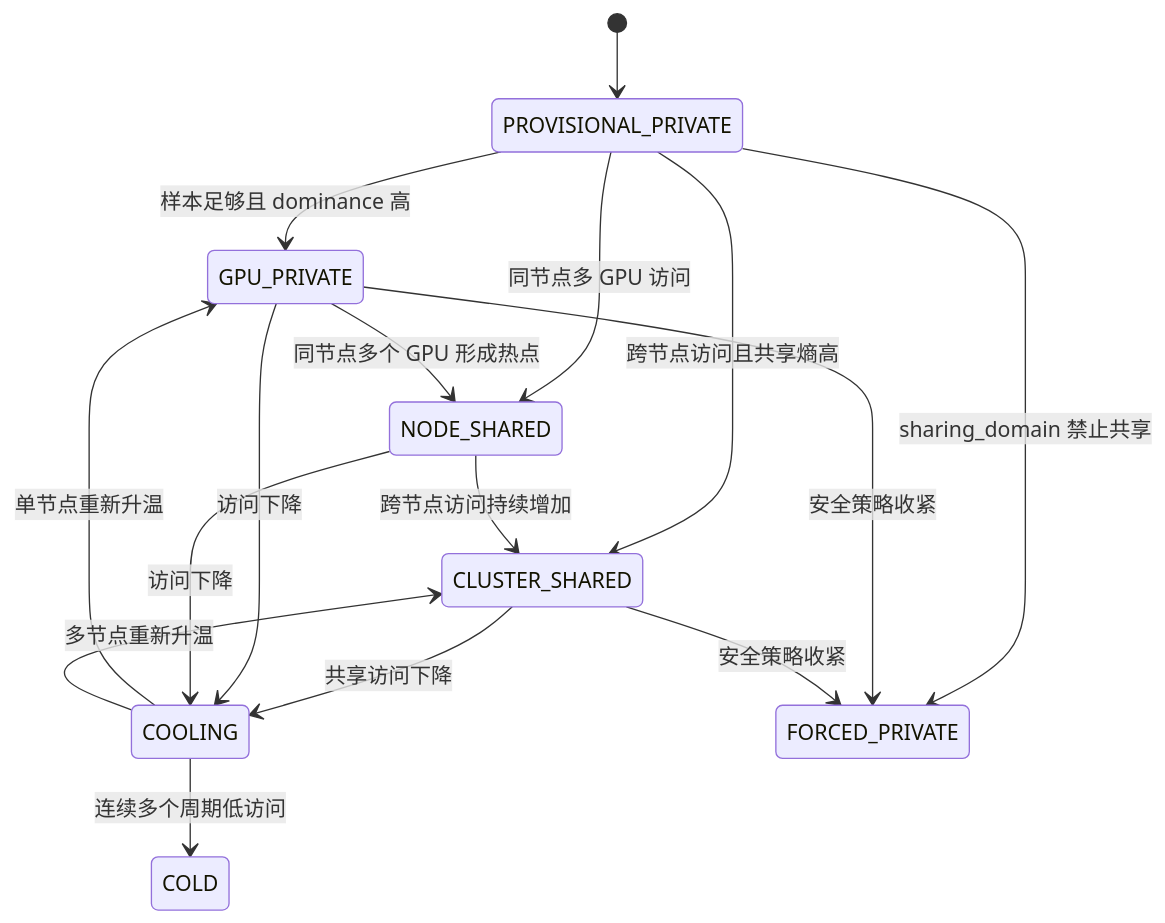
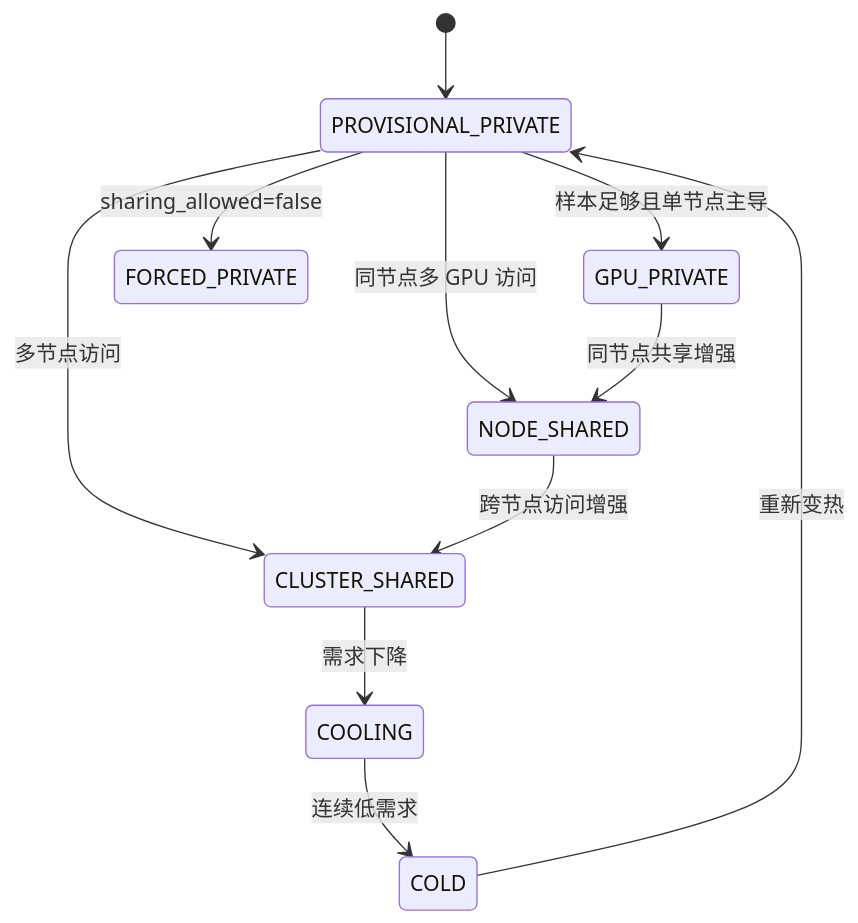
The second of 3 diagrams in docs/innovation2_sharing_replication.md (yxtmfz/tokenfs), drawn with Mermaid before and after one commit. The commit also changed other lines of this file and 29 other files, not shown here.

````diff
--- a/docs/innovation2_sharing_replication.md
+++ b/docs/innovation2_sharing_replication.md
@@ -162,18 +37,13 @@
 ```mermaid
 stateDiagram-v2
     [*] --> PROVISIONAL_PRIVATE
-    PROVISIONAL_PRIVATE --> GPU_PRIVATE: 样本足够且 dominance 高
+    PROVISIONAL_PRIVATE --> GPU_PRIVATE: 样本足够且单节点主导
     PROVISIONAL_PRIVATE --> NODE_SHARED: 同节点多 GPU 访问
-    PROVISIONAL_PRIVATE --> CLUSTER_SHARED: 跨节点访问且共享熵高
-    GPU_PRIVATE --> NODE_SHARED: 同节点多个 GPU 形成热点
-    NODE_SHARED --> CLUSTER_SHARED: 跨节点访问持续增加
-    CLUSTER_SHARED --> COOLING: 共享访问下降
-    GPU_PRIVATE --> COOLING: 访问下降
-    NODE_SHARED --> COOLING: 访问下降
-    COOLING --> COLD: 连续多个周期低访问
-    COOLING --> GPU_PRIVATE: 单节点重新升温
-    COOLING --> CLUSTER_SHARED: 多节点重新升温
-    PROVISIONAL_PRIVATE --> FORCED_PRIVATE: sharing_domain 禁止共享
-    GPU_PRIVATE --> FORCED_PRIVATE: 安全策略收紧
-    CLUSTER_SHARED --> FORCED_PRIVATE: 安全策略收紧
+    PROVISIONAL_PRIVATE --> CLUSTER_SHARED: 多节点访问
+    GPU_PRIVATE --> NODE_SHARED: 同节点共享增强
+    NODE_SHARED --> CLUSTER_SHARED: 跨节点访问增强
+    CLUSTER_SHARED --> COOLING: 需求下降
+    COOLING --> COLD: 连续低需求
+    COLD --> PROVISIONAL_PRIVATE: 重新变热
+    PROVISIONAL_PRIVATE --> FORCED_PRIVATE: sharing_allowed=false
 ```
````
